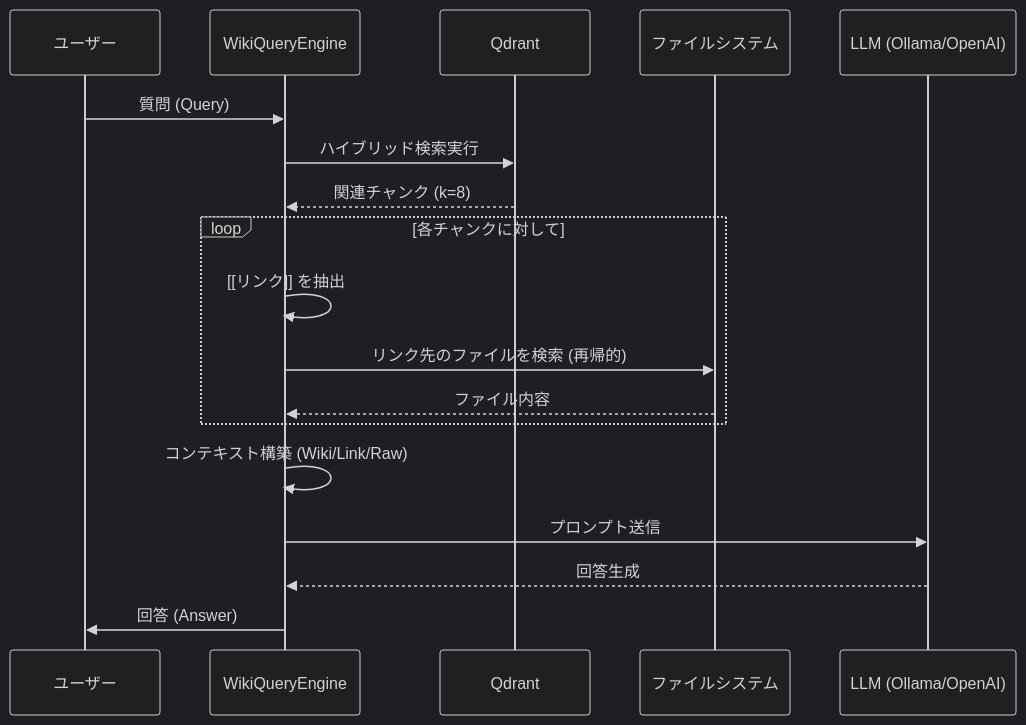
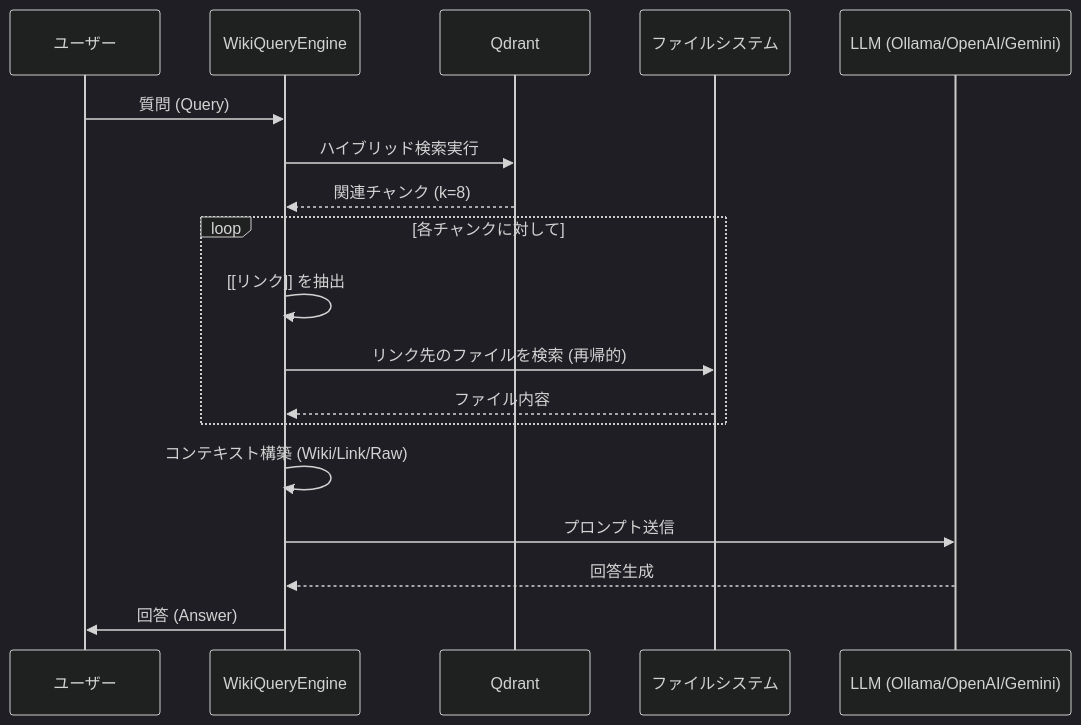
The second of 2 diagrams in docs/RAG_QA_ENGINE.md (chottokun/md-wiki), drawn with Mermaid (dark theme) before and after one commit. The commit also changed 3 other files, not shown here.

Commit message:
docs: update architecture, QA engine, and user guide, and fix query engine link-following for OKF concept types

````diff
--- a/docs/RAG_QA_ENGINE.md
+++ b/docs/RAG_QA_ENGINE.md
@@ -25,23 +25,23 @@
 ```mermaid
 sequenceDiagram
     participant U as ユーザー
     participant E as WikiQueryEngine
     participant Q as Qdrant
     participant F as ファイルシステム
-    participant L as LLM (Ollama/OpenAI)
+    participant L as LLM (Ollama/OpenAI/Gemini)
 
     U->>E: 質問 (Query)
     E->>Q: ハイブリッド検索実行
     Q-->>E: 関連チャンク (k=8)
     
     loop 各チャンクに対して
         E->>E: [[リンク]] を抽出
         E->>F: リンク先のファイルを検索 (再帰的)
         F-->>E: ファイル内容
     end
     
     E->>E: コンテキスト構築 (Wiki/Link/Raw)
     E->>L: プロンプト送信
     L-->>E: 回答生成
     E->>U: 回答 (Answer)
 ```
````
